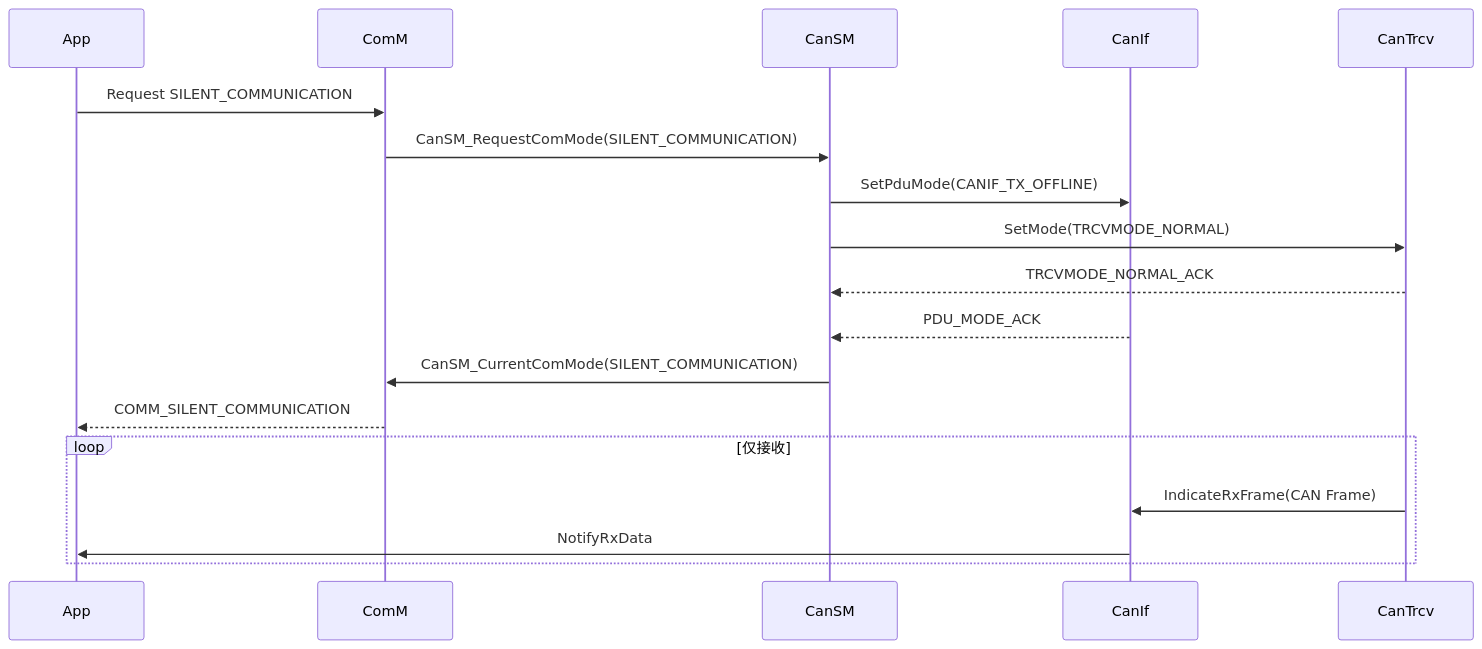
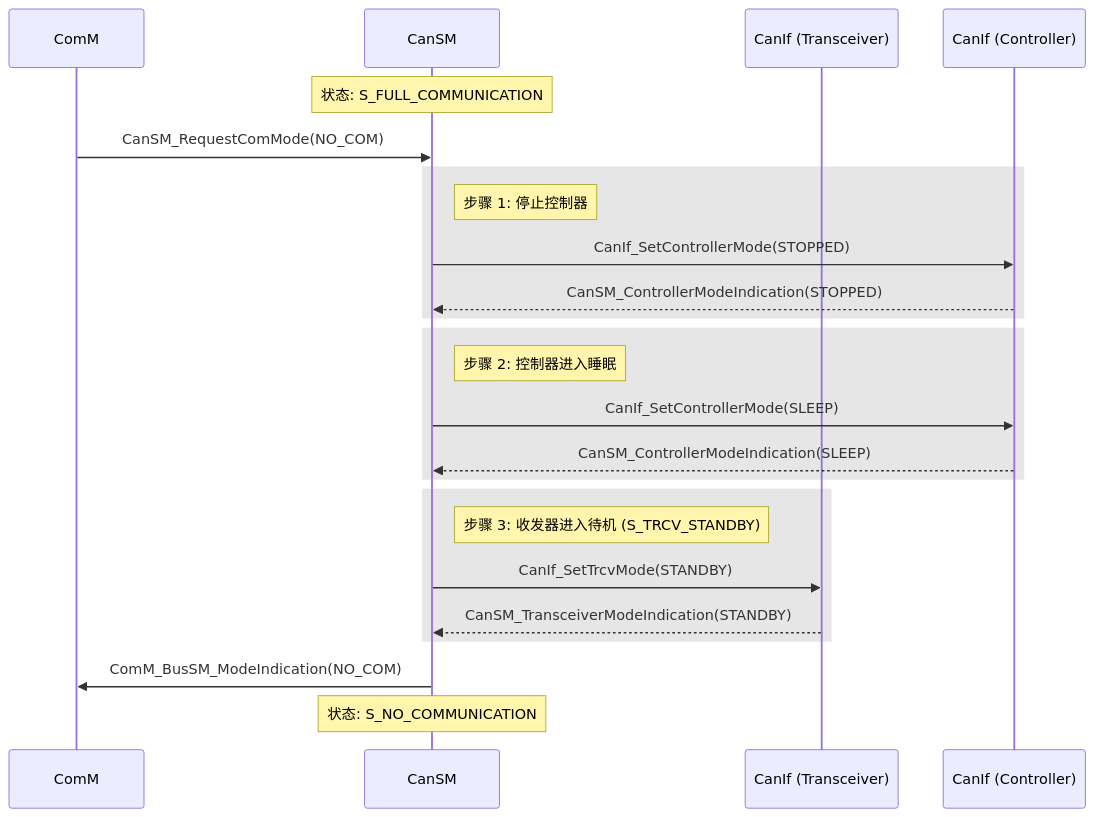
The ninth of 13 diagrams in source/_posts/嵌入式/汽车行业标准/AUTOASR.md (youShouldTrustMe/youShouldTrustMe.github.io), drawn with Mermaid before and after one commit. The commit also changed other lines of this file and 12 other files, not shown here.

````diff
--- a/source/_posts/嵌入式/汽车行业标准/AUTOASR.md
+++ b/source/_posts/嵌入式/汽车行业标准/AUTOASR.md
@@ -2396,21 +2743,31 @@
 ```mermaid
 sequenceDiagram
-    participant App
     participant ComM
     participant CanSM
-    participant CanIf
-    participant CanTrcv
+    participant CanIf_Trcv as CanIf (Transceiver)
+    participant CanIf_Ctrl as CanIf (Controller)
 
-    App->>ComM: Request SILENT_COMMUNICATION
-    ComM->>CanSM: CanSM_RequestComMode(SILENT_COMMUNICATION)
-    CanSM->>CanIf: SetPduMode(CANIF_TX_OFFLINE)
-    CanSM->>CanTrcv: SetMode(TRCVMODE_NORMAL)
-    CanTrcv-->>CanSM: TRCVMODE_NORMAL_ACK
-    CanIf-->>CanSM: PDU_MODE_ACK
-    CanSM->>ComM: CanSM_CurrentComMode(SILENT_COMMUNICATION)
-    ComM-->>App: COMM_SILENT_COMMUNICATION
-    loop 仅接收
-        CanTrcv->>CanIf: IndicateRxFrame(CAN Frame)
-        CanIf->>App: NotifyRxData
+    Note over CanSM: 状态: S_FULL_COMMUNICATION
+    ComM->>CanSM: CanSM_RequestComMode(NO_COM)
+
+    rect rgb(230, 230, 230)
+    Note right of CanSM: 步骤 1: 停止控制器
+    CanSM->>CanIf_Ctrl: CanIf_SetControllerMode(STOPPED)
+    CanIf_Ctrl-->>CanSM: CanSM_ControllerModeIndication(STOPPED)
     end
+
+    rect rgb(230, 230, 230)
+    Note right of CanSM: 步骤 2: 控制器进入睡眠
+    CanSM->>CanIf_Ctrl: CanIf_SetControllerMode(SLEEP)
+    CanIf_Ctrl-->>CanSM: CanSM_ControllerModeIndication(SLEEP)
+    end
+
+    rect rgb(230, 230, 230)
+    Note right of CanSM: 步骤 3: 收发器进入待机 (S_TRCV_STANDBY)
+    CanSM->>CanIf_Trcv: CanIf_SetTrcvMode(STANDBY)
+    CanIf_Trcv-->>CanSM: CanSM_TransceiverModeIndication(STANDBY)
+    end
+
+    CanSM->>ComM: ComM_BusSM_ModeIndication(NO_COM)
+    Note over CanSM: 状态: S_NO_COMMUNICATION
 ```
````
